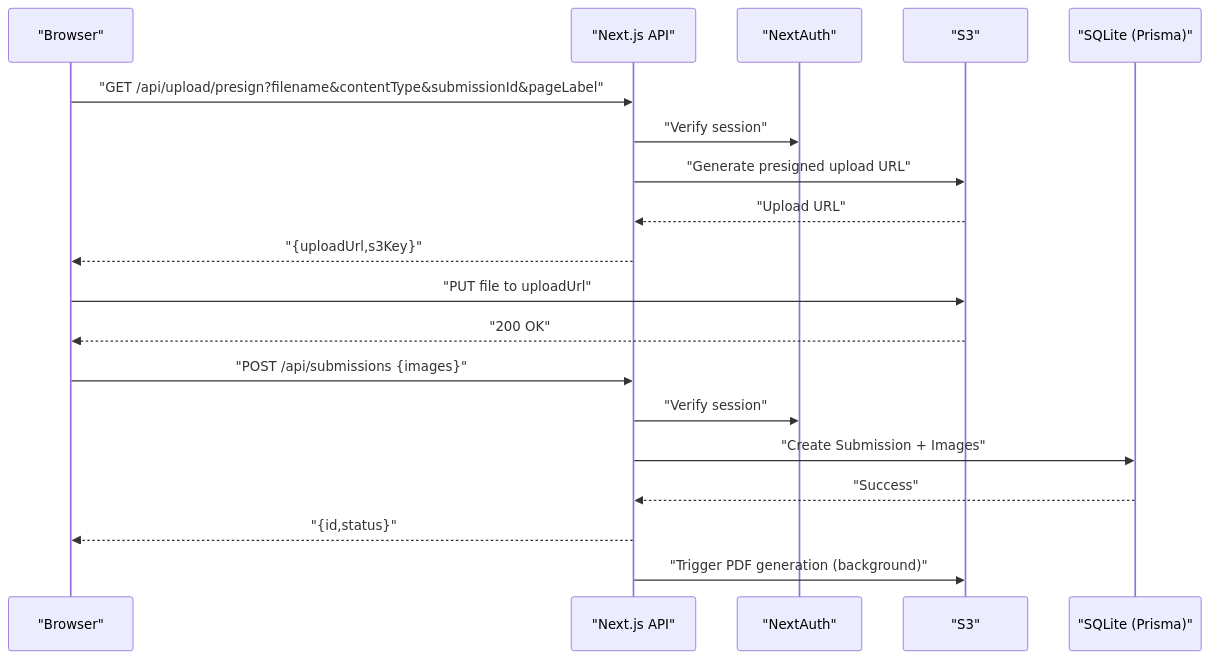
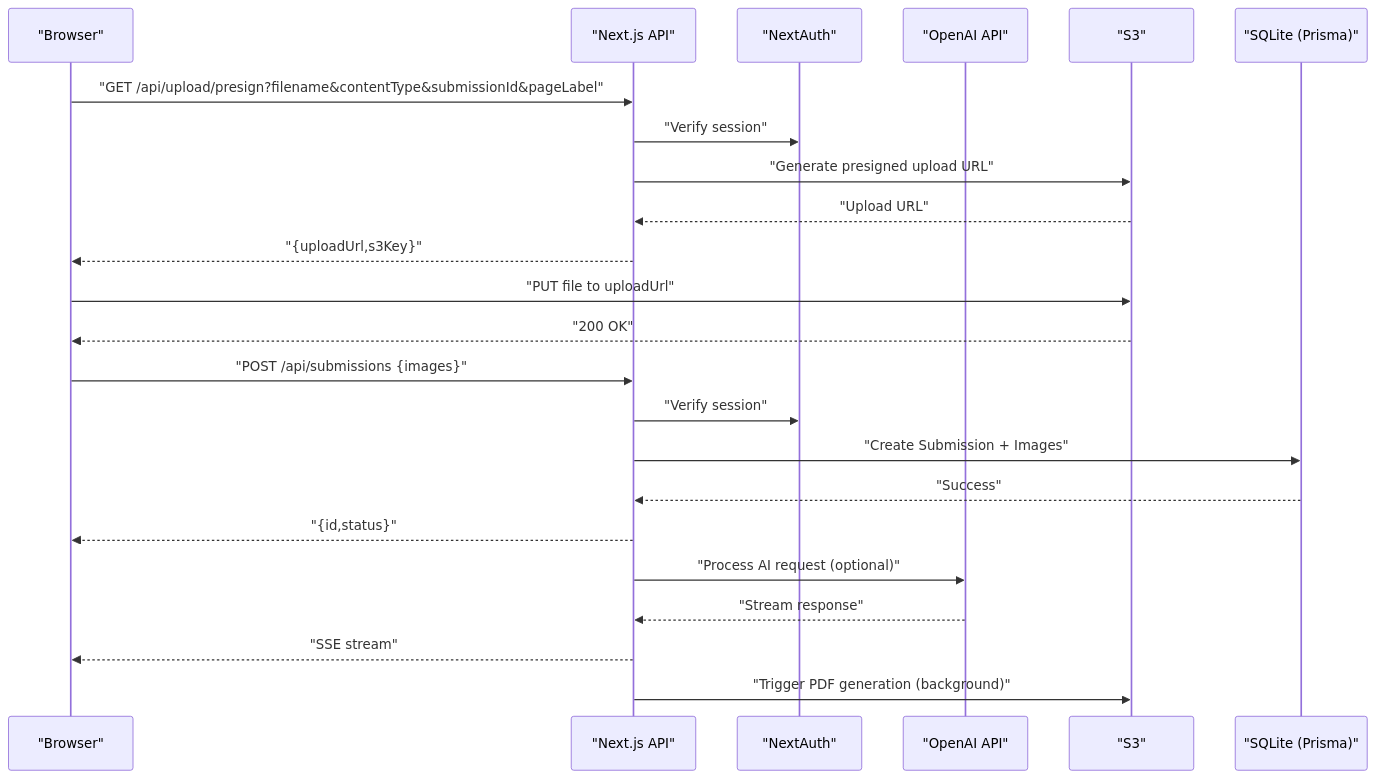
The second of 10 diagrams in .qoder/repowiki/en/content/Deployment & Operations.md (Crowdspender/titchybooks-app), drawn with Mermaid before and after one commit. The commit also changed other lines of this file and 62 other files, not shown here.

````diff
--- a/.qoder/repowiki/en/content/Deployment & Operations.md
+++ b/.qoder/repowiki/en/content/Deployment & Operations.md
@@ -111,21 +169,25 @@
 ```mermaid
 sequenceDiagram
 participant Client as "Browser"
 participant API as "Next.js API"
 participant Auth as "NextAuth"
+participant AI as "OpenAI API"
 participant Store as "S3"
 participant DB as "SQLite (Prisma)"
 Client->>API : "GET /api/upload/presign?filename&contentType&submissionId&pageLabel"
 API->>Auth : "Verify session"
 API->>Store : "Generate presigned upload URL"
 Store-->>API : "Upload URL"
 API-->>Client : "{uploadUrl,s3Key}"
 Client->>Store : "PUT file to uploadUrl"
 Store-->>Client : "200 OK"
 Client->>API : "POST /api/submissions {images}"
 API->>Auth : "Verify session"
 API->>DB : "Create Submission + Images"
 DB-->>API : "Success"
 API-->>Client : "{id,status}"
+API->>AI : "Process AI request (optional)"
+AI-->>API : "Stream response"
+API-->>Client : "SSE stream"
 API->>Store : "Trigger PDF generation (background)"
 ```
````
